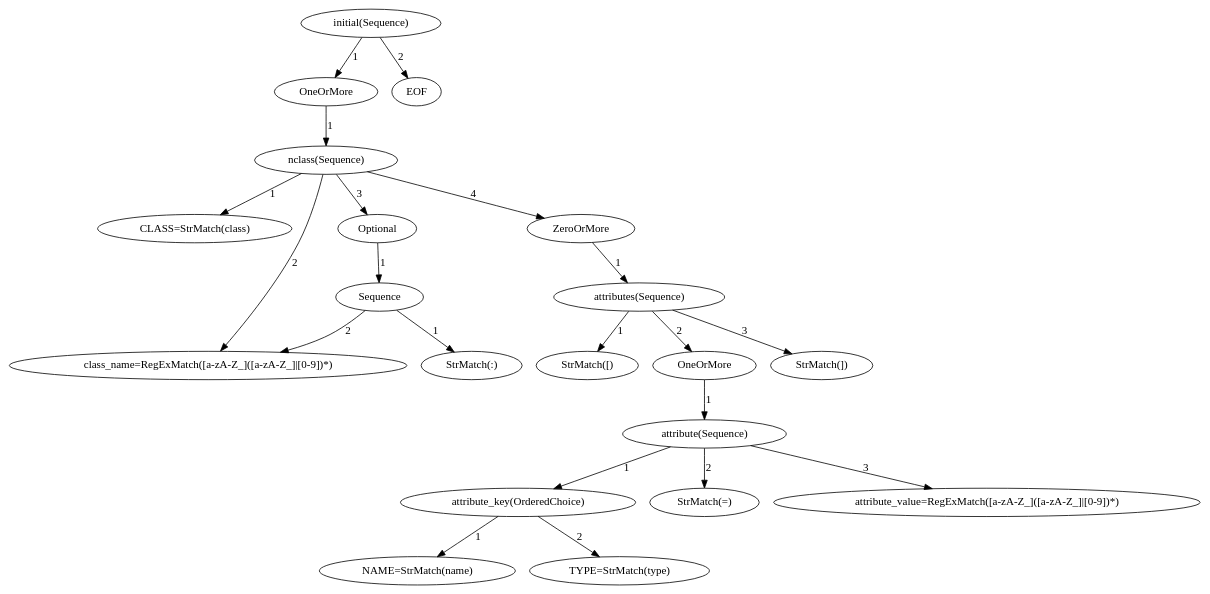
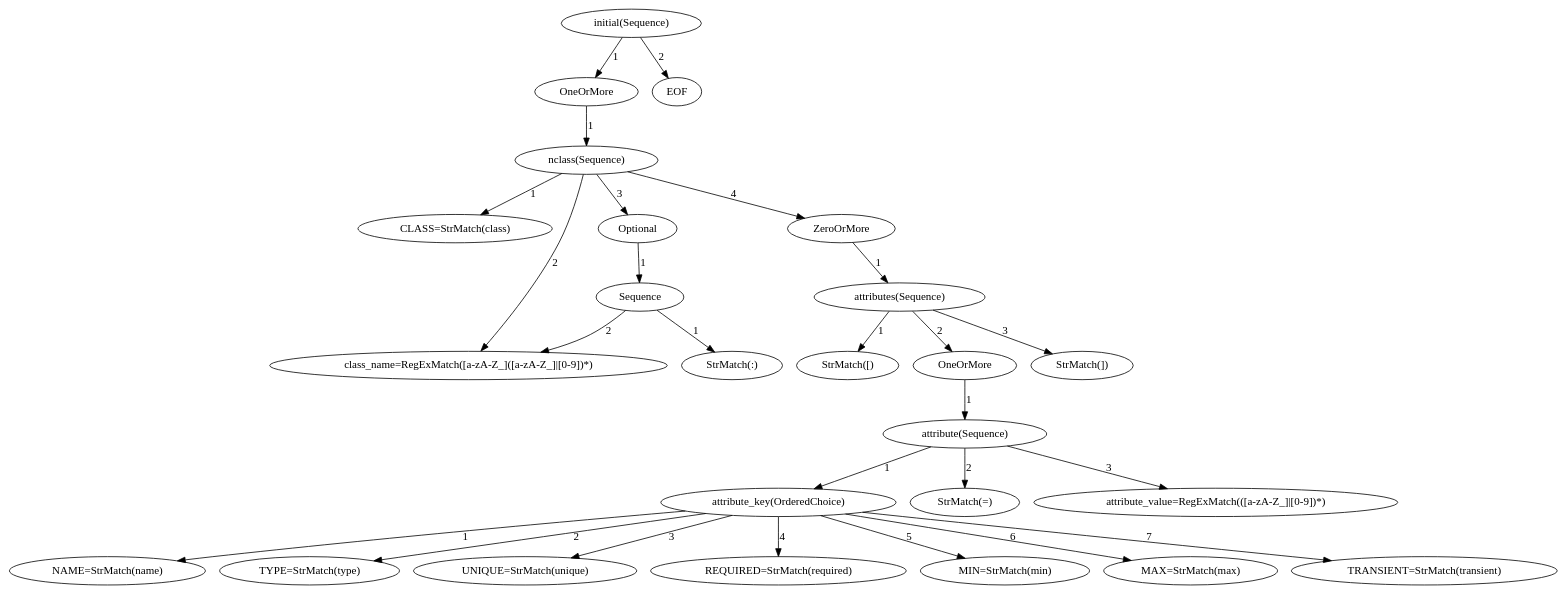
Before and after one commit to dusanmaric90/WebApp: the diagram in initial_parser_model.dot, drawn with Graphviz. The commit also changed 6 other files, not shown here.

Commit message:
Added unique, nullable, min, max, transient annotations to model

```diff
--- a/initial_parser_model.dot
+++ b/initial_parser_model.dot
@@ -1,62 +1,77 @@
 digraph arpeggio_graph {
-34570896 [label="initial(Sequence)"];
-34570896->34570864 [label="1"]
+34337680 [label="initial(Sequence)"];
+34337680->34337648 [label="1"]
 
-34570864 [label="OneOrMore"];
-34570864->34571056 [label="1"]
+34337648 [label="OneOrMore"];
+34337648->34337840 [label="1"]
 
-34571056 [label="nclass(Sequence)"];
-34571056->34571152 [label="1"]
+34337840 [label="nclass(Sequence)"];
+34337840->34337936 [label="1"]
 
-34571152 [label="CLASS=StrMatch(class)"];
-34571056->34571280 [label="2"]
+34337936 [label="CLASS=StrMatch(class)"];
+34337840->34338064 [label="2"]
 
-34571280 [label="class_name=RegExMatch([a-zA-Z_]([a-zA-Z_]|[0-9])*)"];
-34571056->34570992 [label="3"]
+34338064 [label="class_name=RegExMatch([a-zA-Z_]([a-zA-Z_]|[0-9])*)"];
+34337840->34337776 [label="3"]
 
-34570992 [label="Optional"];
-34570992->34573072 [label="1"]
+34337776 [label="Optional"];
+34337776->34339856 [label="1"]
 
-34573072 [label="Sequence"];
-34573072->34573040 [label="1"]
+34339856 [label="Sequence"];
+34339856->34339824 [label="1"]
 
-34573040 [label="StrMatch(:)"];
-34573072->34571280 [label="2"]
+34339824 [label="StrMatch(:)"];
+34339856->34338064 [label="2"]
 
-34571056->34571024 [label="4"]
+34337840->34337808 [label="4"]
 
-34571024 [label="ZeroOrMore"];
-34571024->34573104 [label="1"]
+34337808 [label="ZeroOrMore"];
+34337808->34339888 [label="1"]
 
-34573104 [label="attributes(Sequence)"];
-34573104->34573232 [label="1"]
+34339888 [label="attributes(Sequence)"];
+34339888->34340016 [label="1"]
 
-34573232 [label="StrMatch([)"];
-34573104->34573136 [label="2"]
+34340016 [label="StrMatch([)"];
+34339888->34339920 [label="2"]
 
-34573136 [label="OneOrMore"];
-34573136->34573328 [label="1"]
+34339920 [label="OneOrMore"];
+34339920->34340112 [label="1"]
 
-34573328 [label="attribute(Sequence)"];
-34573328->34573456 [label="1"]
+34340112 [label="attribute(Sequence)"];
+34340112->34340240 [label="1"]
 
-34573456 [label="attribute_key(OrderedChoice)"];
-34573456->34573520 [label="1"]
+34340240 [label="attribute_key(OrderedChoice)"];
+34340240->34340304 [label="1"]
 
-34573520 [label="NAME=StrMatch(name)"];
-34573456->34573168 [label="2"]
+34340304 [label="NAME=StrMatch(name)"];
+34340240->34339952 [label="2"]
 
-34573168 [label="TYPE=StrMatch(type)"];
-34573328->34573392 [label="2"]
+34339952 [label="TYPE=StrMatch(type)"];
+34340240->34340048 [label="3"]
 
-34573392 [label="StrMatch(=)"];
-34573328->34573424 [label="3"]
+34340048 [label="UNIQUE=StrMatch(unique)"];
+34340240->34340400 [label="4"]
 
-34573424 [label="attribute_value=RegExMatch([a-zA-Z_]([a-zA-Z_]|[0-9])*)"];
-34573104->34573296 [label="3"]
+34340400 [label="REQUIRED=StrMatch(required)"];
+34340240->34340432 [label="5"]
 
-34573296 [label="StrMatch(])"];
-34570896->34573648 [label="2"]
+34340432 [label="MIN=StrMatch(min)"];
+34340240->34340464 [label="6"]
 
-34573648 [label="EOF"];
+34340464 [label="MAX=StrMatch(max)"];
+34340240->34340496 [label="7"]
+
+34340496 [label="TRANSIENT=StrMatch(transient)"];
+34340112->34340176 [label="2"]
+
+34340176 [label="StrMatch(=)"];
+34340112->34340208 [label="3"]
+
+34340208 [label="attribute_value=RegExMatch(([a-zA-Z_]|[0-9])*)"];
+34339888->34340080 [label="3"]
+
+34340080 [label="StrMatch(])"];
+34337680->34340592 [label="2"]
+
+34340592 [label="EOF"];
 }
```
